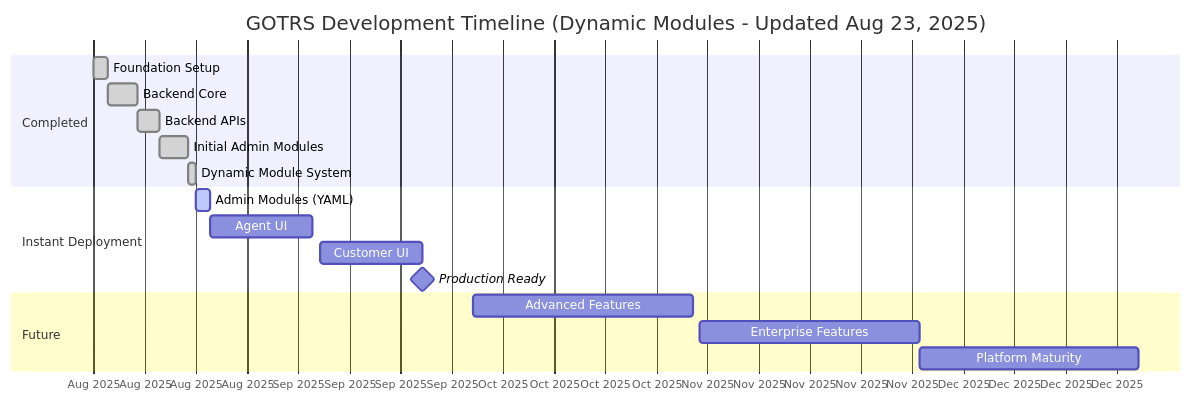
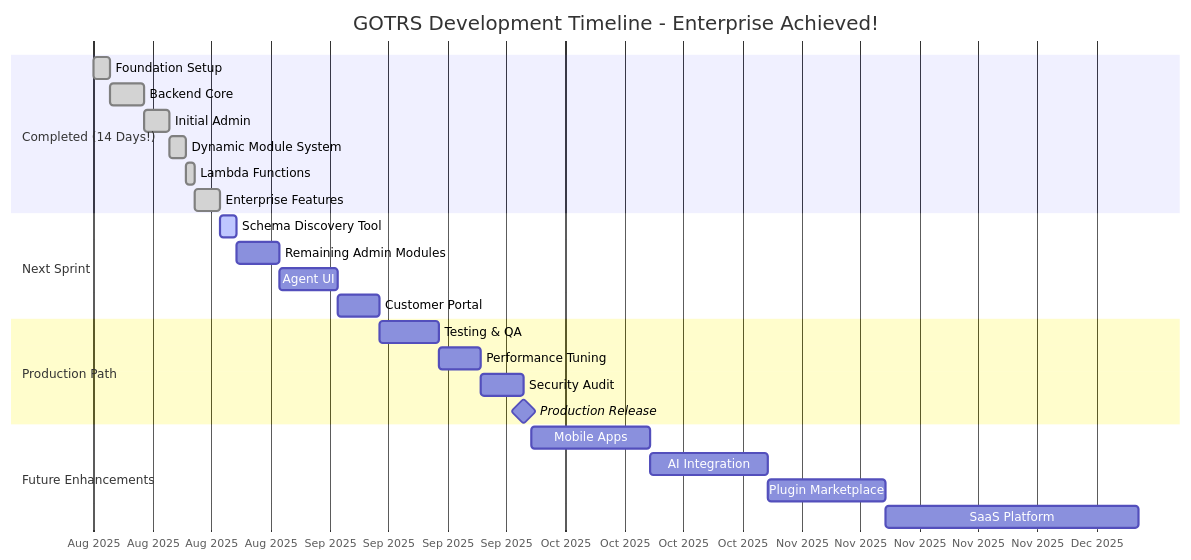
One commit to gotrs-io/gotrs-ce changed the diagram in ROADMAP.md. Above: the diagram before and after it, drawn with Mermaid. The commit also changed other lines of this file and 251 other files, not shown here.

First line of the commit message:
feat: comprehensive project improvements and architecture enhancements

````diff
--- a/ROADMAP.md
+++ b/ROADMAP.md
@@ -51,24 +61,32 @@
 ```mermaid
 gantt
-    title GOTRS Development Timeline (Dynamic Modules - Updated Aug 23, 2025)
+    title GOTRS Development Timeline - Enterprise Achieved!
     dateFormat YYYY-MM-DD
     axisFormat %b %Y
     
-    section Completed
+    section Completed (14 Days!)
     Foundation Setup           :done, phase0, 2025-08-10, 2d
     Backend Core              :done, phase1, 2025-08-12, 4d
-    Backend APIs              :done, phase2back, 2025-08-16, 3d
-    Initial Admin Modules     :done, phase2ui, 2025-08-19, 4d
-    Dynamic Module System     :done, dynamic, 2025-08-23, 1d
+    Initial Admin             :done, phase2a, 2025-08-16, 3d
+    Dynamic Module System     :done, dynamic, 2025-08-19, 2d
+    Lambda Functions          :done, lambda, 2025-08-21, 1d
+    Enterprise Features       :done, enterprise, 2025-08-22, 3d
     
-    section Instant Deployment
-    Admin Modules (YAML)      :active, phase2yaml, 2025-08-24, 2d
-    Agent UI                  :phase3ui, 2025-08-26, 14d
-    Customer UI               :phase4ui, 2025-09-10, 14d
-    Production Ready          :milestone, 2025-09-24, 0d
+    section Next Sprint
+    Schema Discovery Tool     :active, schema, 2025-08-25, 2d
+    Remaining Admin Modules   :admin, 2025-08-27, 5d
+    Agent UI                  :agent, 2025-09-01, 7d
+    Customer Portal           :customer, 2025-09-08, 5d
     
-    section Future
-    Advanced Features         :phase5, 2025-10-01, 30d
-    Enterprise Features       :phase6, 2025-11-01, 30d
-    Platform Maturity         :phase7, 2025-12-01, 30d
+    section Production Path
+    Testing & QA             :qa, 2025-09-13, 7d
+    Performance Tuning       :perf, 2025-09-20, 5d
+    Security Audit           :security, 2025-09-25, 5d
+    Production Release       :milestone, 2025-09-30, 0d
+    
+    section Future Enhancements
+    Mobile Apps              :mobile, 2025-10-01, 14d
+    AI Integration           :ai, 2025-10-15, 14d
+    Plugin Marketplace       :plugins, 2025-10-29, 14d
+    SaaS Platform           :saas, 2025-11-12, 30d
 ```
````
